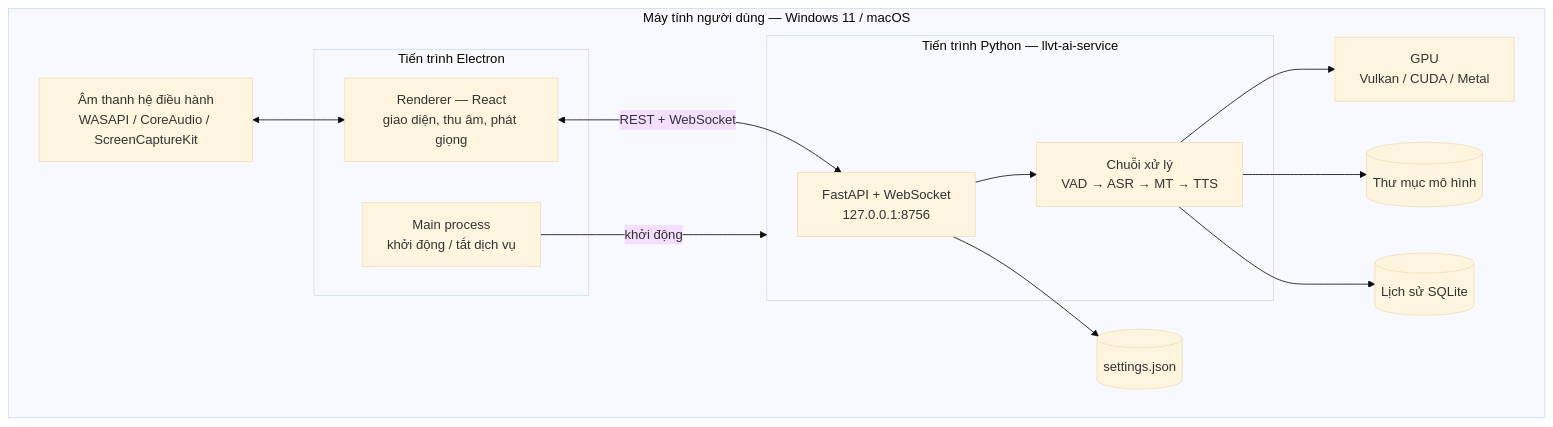
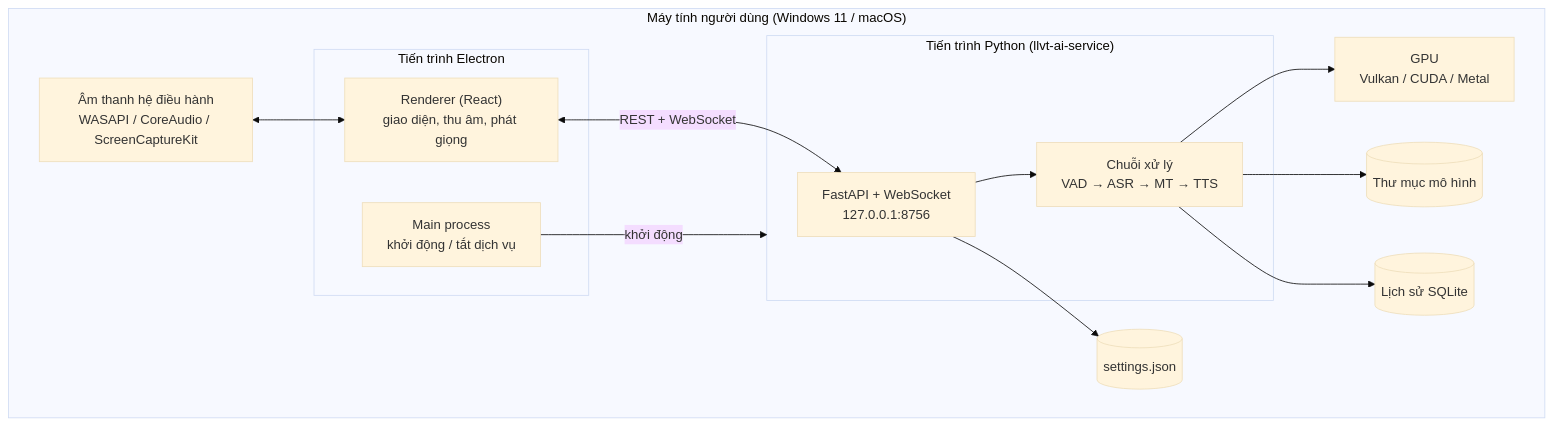
Before and after one commit to RokeyHung/local-live-voice-translator: the diagram in docs/gvhd/khoa-luan-hinh/src/h3-2-trien-khai.mmd, drawn with Mermaid (base theme). The commit also changed 32 other files, not shown here.

```diff
--- a/docs/gvhd/khoa-luan-hinh/src/h3-2-trien-khai.mmd
+++ b/docs/gvhd/khoa-luan-hinh/src/h3-2-trien-khai.mmd
@@ -1,24 +1,24 @@
 flowchart TB
-    subgraph PC["Máy tính người dùng — Windows 11 / macOS"]
+    subgraph PC["Máy tính người dùng (Windows 11 / macOS)"]
         subgraph EL["Tiến trình Electron"]
             MAIN["Main process<br/>khởi động / tắt dịch vụ"]
-            REN["Renderer — React<br/>giao diện, thu âm, phát giọng"]
+            REN["Renderer (React)<br/>giao diện, thu âm, phát giọng"]
         end
-        subgraph PY["Tiến trình Python — llvt-ai-service"]
+        subgraph PY["Tiến trình Python (llvt-ai-service)"]
             API["FastAPI + WebSocket<br/>127.0.0.1:8756"]
             PIPE["Chuỗi xử lý<br/>VAD → ASR → MT → TTS"]
         end
         OSA["Âm thanh hệ điều hành<br/>WASAPI / CoreAudio / ScreenCaptureKit"]
         GPU["GPU<br/>Vulkan / CUDA / Metal"]
         MD[("Thư mục mô hình")]
         DB[("Lịch sử SQLite")]
         CFG[("settings.json")]
     end
     OSA <--> REN
     MAIN -->|"khởi động"| PY
     REN <-->|"REST + WebSocket"| API
     API --> PIPE
     PIPE --> GPU
     PIPE --> MD
     PIPE --> DB
     API --> CFG
```
